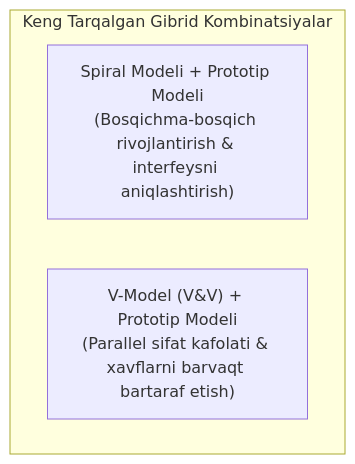
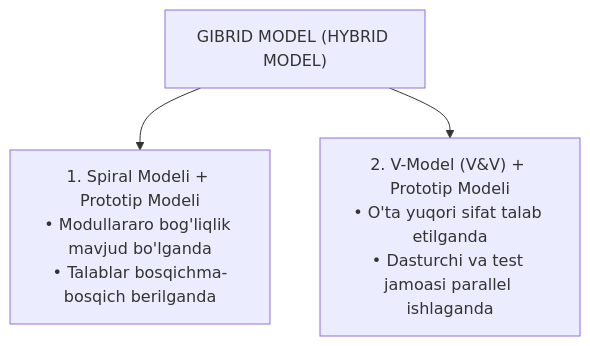
Before and after one commit to Ergashov15/qa-uzbekistan: the first of 3 diagrams in app/docs/sdlc-models/hybrid-model/page.mdx, drawn with Mermaid. The commit also changed other lines of this file and 2 other files, not shown here.

Commit message:
feat: rewrite Hybrid Model in Software Testing in Uzbek

````diff
--- a/app/docs/sdlc-models/hybrid-model/page.mdx
+++ b/app/docs/sdlc-models/hybrid-model/page.mdx
@@ -17,7 +25,6 @@
 ```mermaid
 flowchart TD
-    subgraph Combinations["Keng Tarqalgan Gibrid Kombinatsiyalar"]
-        H1["Spiral Modeli + Prototip Modeli<br/>(Bosqichma-bosqich rivojlantirish & interfeysni aniqlashtirish)"]
-        H2["V-Model (V&V) + Prototip Modeli<br/>(Parallel sifat kafolati & xavflarni barvaqt bartaraf etish)"]
-    end
+    Hybrid["GIBRID MODEL (HYBRID MODEL)"]
+    Hybrid --> C1["1. Spiral Modeli + Prototip Modeli<br/>• Modullararo bog'liqlik mavjud bo'lganda<br/>• Talablar bosqichma-bosqich berilganda"]
+    Hybrid --> C2["2. V-Model (V&V) + Prototip Modeli<br/>• O'ta yuqori sifat talab etilganda<br/>• Dasturchi va test jamoasi parallel ishlaganda"]
 ```
````
